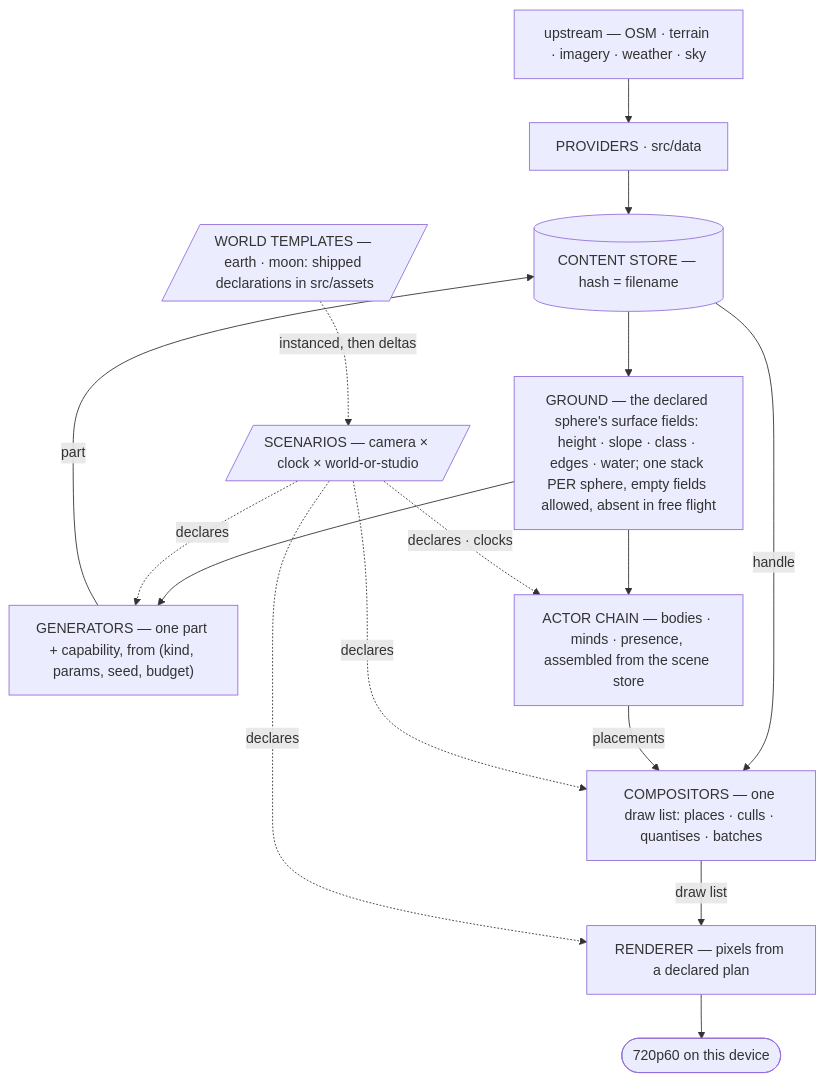
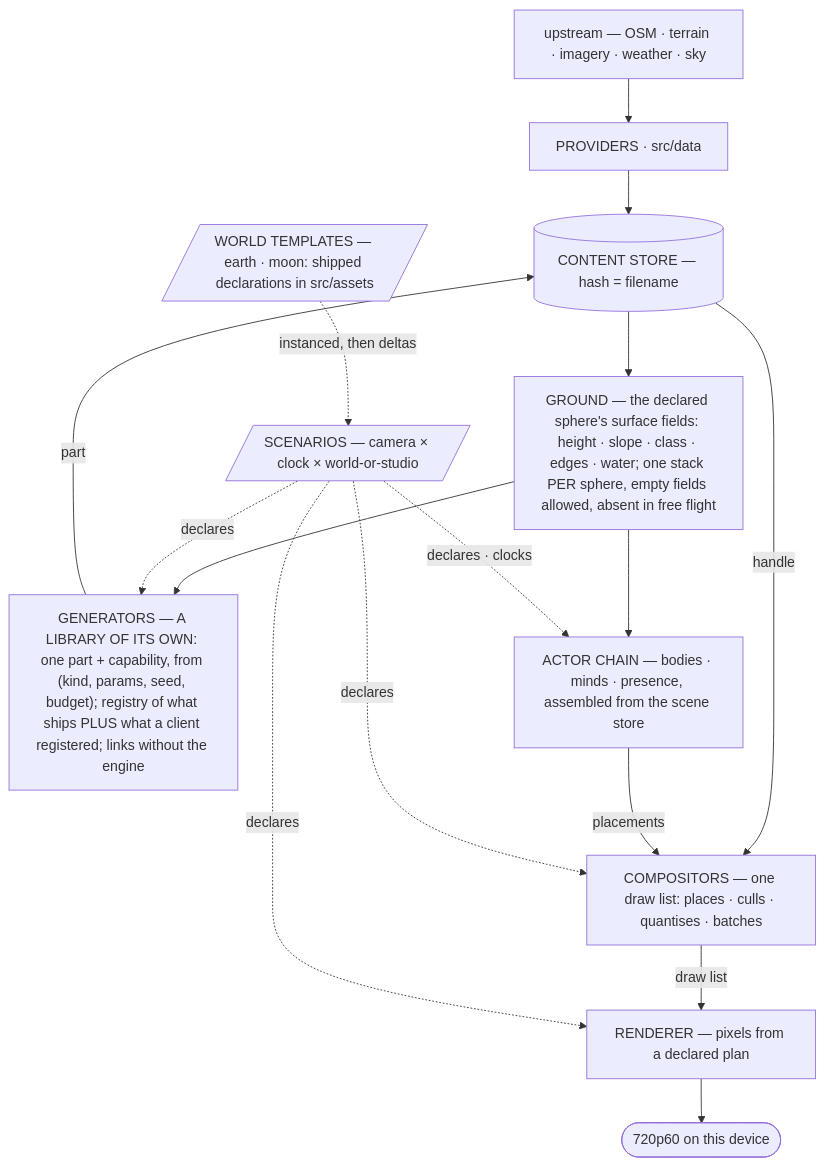
The first of 8 diagrams in CLAUDE.md (Weichwolf/outshine), drawn with Mermaid before and after one commit. The commit also changed other lines of this file, not shown here.

First line of the commit message:
CLAUDE.md -- the generators are a library with their own door, and the representation is the interchange value

````diff
--- a/CLAUDE.md
+++ b/CLAUDE.md
@@ -105,21 +105,21 @@
 ```mermaid
 flowchart TD
   upstream["upstream — OSM · terrain · imagery · weather · sky"]
   providers["PROVIDERS · src/data"]
   store[("CONTENT STORE — hash = filename")]
   field["GROUND — the declared sphere's surface fields: height · slope · class · edges · water; one stack PER sphere, empty fields allowed, absent in free flight"]
-  gen["GENERATORS — one part + capability, from (kind, params, seed, budget)"]
+  gen["GENERATORS — A LIBRARY OF ITS OWN: one part + capability, from (kind, params, seed, budget); registry of what ships PLUS what a client registered; links without the engine"]
   comp["COMPOSITORS — one draw list: places · culls · quantises · batches"]
   rend["RENDERER — pixels from a declared plan"]
   frame(["720p60 on this device"])
   scen[/"SCENARIOS — camera × clock × world-or-studio"/]
 
   actors["ACTOR CHAIN — bodies · minds · presence, assembled from the scene store"]
 
   upstream --> providers --> store --> field --> gen
   gen -->|part| store -->|handle| comp -->|draw list| rend --> frame
   field --> actors -->|placements| comp
   scen -.->|declares| gen & comp & rend
   scen -.->|declares · clocks| actors
   tmpl[/"WORLD TEMPLATES — earth · moon: shipped declarations in src/assets"/] -.->|instanced, then deltas| scen
 ```
````
